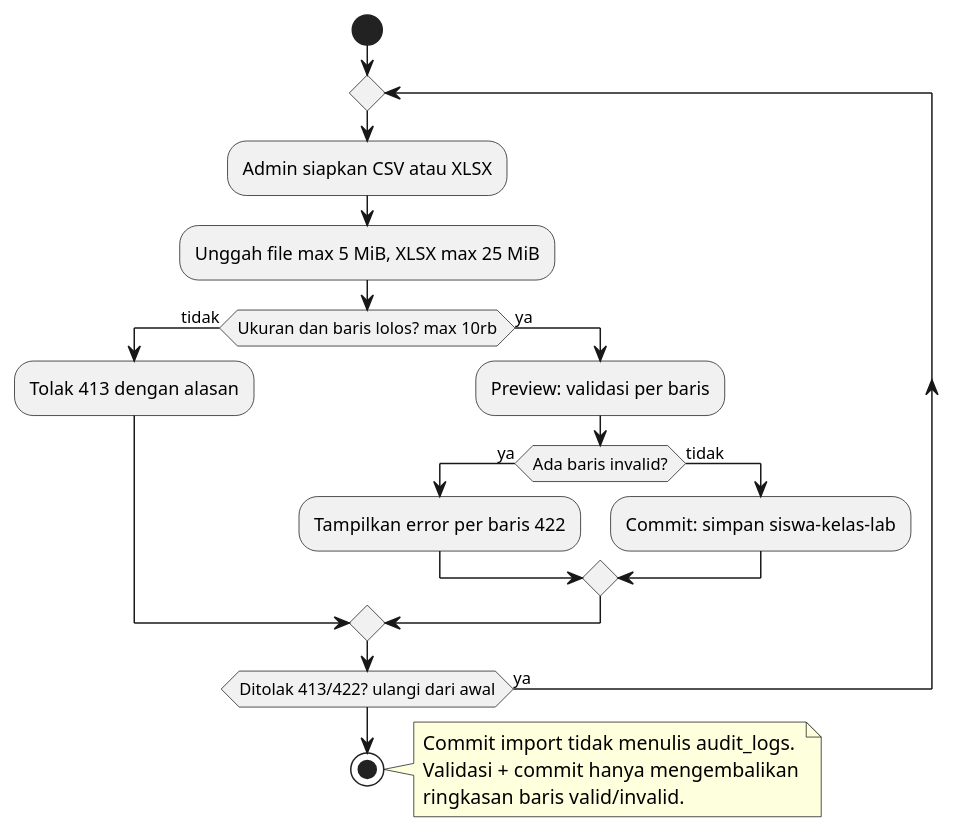
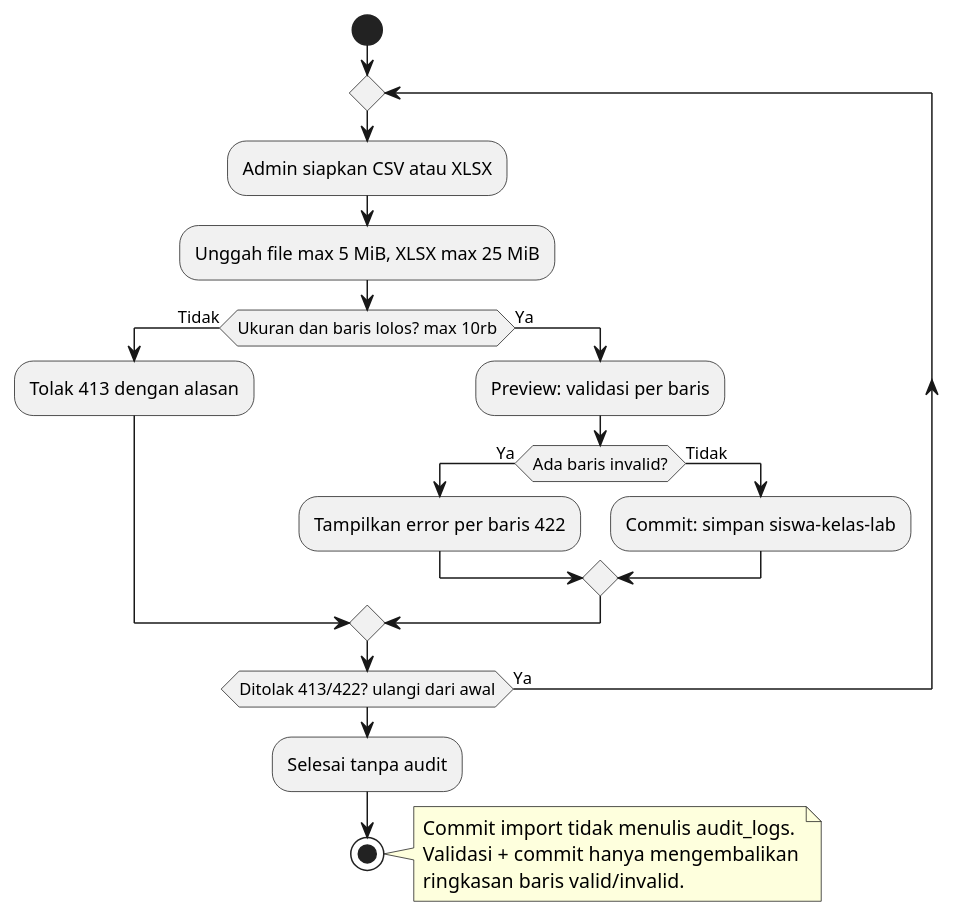
One commit to mygads/Face-Recognition-Capstone changed the diagram in docs/diagrams/plantuml/act-f02-master-import.puml. Above: the diagram before and after it, drawn with PlantUML. The commit also changed 58 other files, not shown here.

First line of the commit message:
Refactor activity diagrams and update flow descriptions

```diff
--- a/docs/diagrams/plantuml/act-f02-master-import.puml
+++ b/docs/diagrams/plantuml/act-f02-master-import.puml
@@ -1,25 +1,26 @@
 @startuml
 ' Activity F-02 Master data + import — docs/proposal/05-activity.md §5.2
 start
 repeat
   :Admin siapkan CSV atau XLSX;
   :Unggah file max 5 MiB, XLSX max 25 MiB;
-  if (Ukuran dan baris lolos? max 10rb) then (tidak)
+  if (Ukuran dan baris lolos? max 10rb) then (Tidak)
     :Tolak 413 dengan alasan;
-  else (ya)
+  else (Ya)
     :Preview: validasi per baris;
-    if (Ada baris invalid?) then (ya)
+    if (Ada baris invalid?) then (Ya)
       :Tampilkan error per baris 422;
-    else (tidak)
+    else (Tidak)
       :Commit: simpan siswa-kelas-lab;
     endif
   endif
-repeat while (Ditolak 413/422? ulangi dari awal) is (ya)
+repeat while (Ditolak 413/422? ulangi dari awal) is (Ya)
+:Selesai tanpa audit;
 stop
 
 note right
   Commit import tidak menulis audit_logs.
   Validasi + commit hanya mengembalikan
   ringkasan baris valid/invalid.
 end note
 @enduml
```
